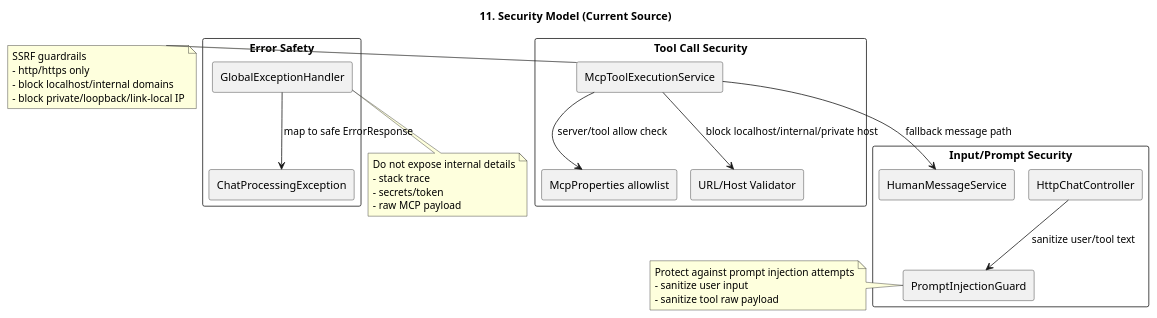
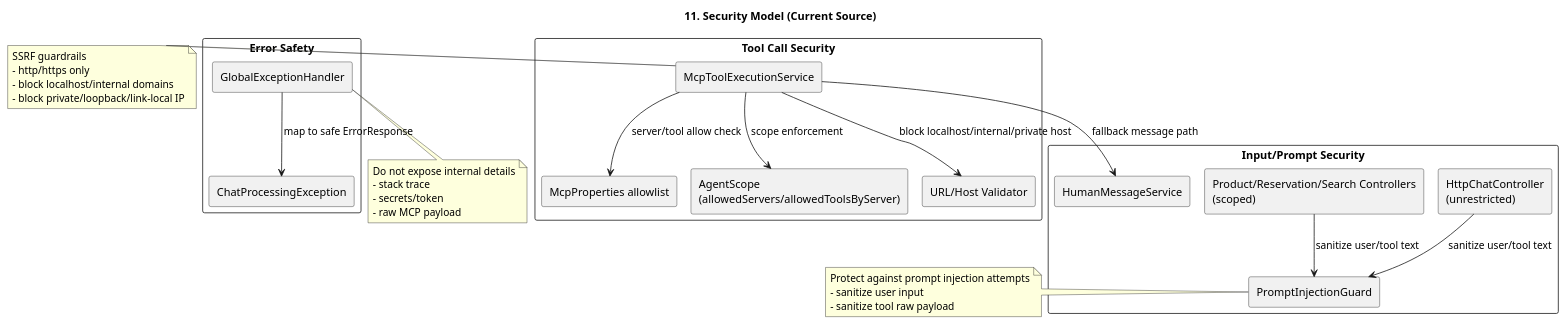
One commit to kim57uak/spring-ai changed the diagram in documents/mcp-orchestrator-architecture/11-security-model.puml. Above: the diagram before and after it, drawn with PlantUML. The commit also changed 63 other files, not shown here.

```diff
--- a/documents/mcp-orchestrator-architecture/11-security-model.puml
+++ b/documents/mcp-orchestrator-architecture/11-security-model.puml
@@ -1,51 +1,55 @@
 @startuml
 !pragma layout smetana
 title 11. Security Model (Current Source)
 
 skinparam shadowing false
 skinparam componentStyle rectangle
 
 rectangle "Input/Prompt Security" {
-  [HttpChatController] as Controller
+  [HttpChatController\n(unrestricted)] as HttpController
+  [Product/Reservation/Search Controllers\n(scoped)] as ScopedControllers
   [PromptInjectionGuard] as PromptGuard
   [HumanMessageService] as HumanMsg
 }
 
 rectangle "Tool Call Security" {
   [McpToolExecutionService] as ToolExec
   [McpProperties allowlist] as AllowList
+  [AgentScope\n(allowedServers/allowedToolsByServer)] as AgentScope
   [URL/Host Validator] as UrlValidator
 }
 
 rectangle "Error Safety" {
   [GlobalExceptionHandler] as ErrorHandler
   [ChatProcessingException] as ChatException
 }
 
-Controller --> PromptGuard : sanitize user/tool text
+HttpController --> PromptGuard : sanitize user/tool text
+ScopedControllers --> PromptGuard : sanitize user/tool text
 ToolExec --> AllowList : server/tool allow check
+ToolExec --> AgentScope : scope enforcement
 ToolExec --> UrlValidator : block localhost/internal/private host
 ToolExec --> HumanMsg : fallback message path
 ErrorHandler --> ChatException : map to safe ErrorResponse
 
 note right of PromptGuard
 Protect against prompt injection attempts
 - sanitize user input
 - sanitize tool raw payload
 end note
 
 note right of ToolExec
 SSRF guardrails
 - http/https only
 - block localhost/internal domains
 - block private/loopback/link-local IP
 end note
 
 note bottom of ErrorHandler
 Do not expose internal details
 - stack trace
 - secrets/token
 - raw MCP payload
 end note
 
 @enduml
```
